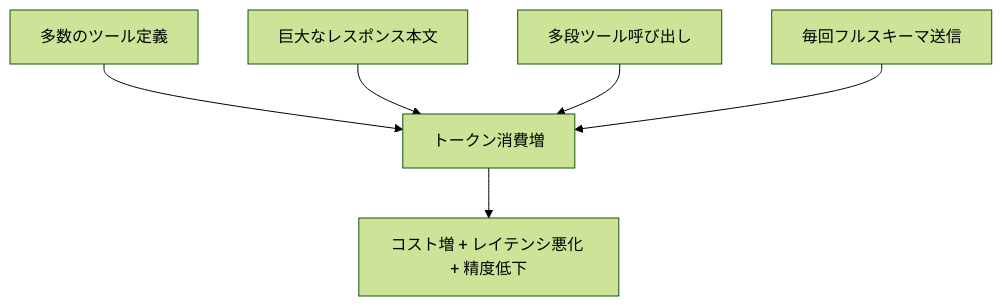
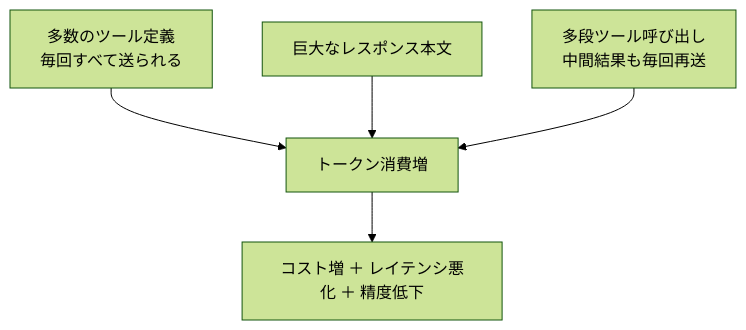
Before and after one commit to mike-sugimoto/ai-tech-notes: the first of 2 diagrams in src/content/docs/mcp/token-cost.md, drawn with Mermaid (forest theme). The commit also changed other lines of this file and 5 other files, not shown here.

````diff
--- a/src/content/docs/mcp/token-cost.md
+++ b/src/content/docs/mcp/token-cost.md
@@ -14,8 +15,7 @@
 ```mermaid
 flowchart TB
-    A[多数のツール定義] --> COST[トークン消費増]
+    A[多数のツール定義<br/>毎回すべて送られる] --> COST[トークン消費増]
     B[巨大なレスポンス本文] --> COST
-    C[多段ツール呼び出し] --> COST
-    D[毎回フルスキーマ送信] --> COST
-    COST --> E[コスト増 + レイテンシ悪化 + 精度低下]
+    C[多段ツール呼び出し<br/>中間結果も毎回再送] --> COST
+    COST --> E[コスト増 ＋ レイテンシ悪化 ＋ 精度低下]
 ```
````
